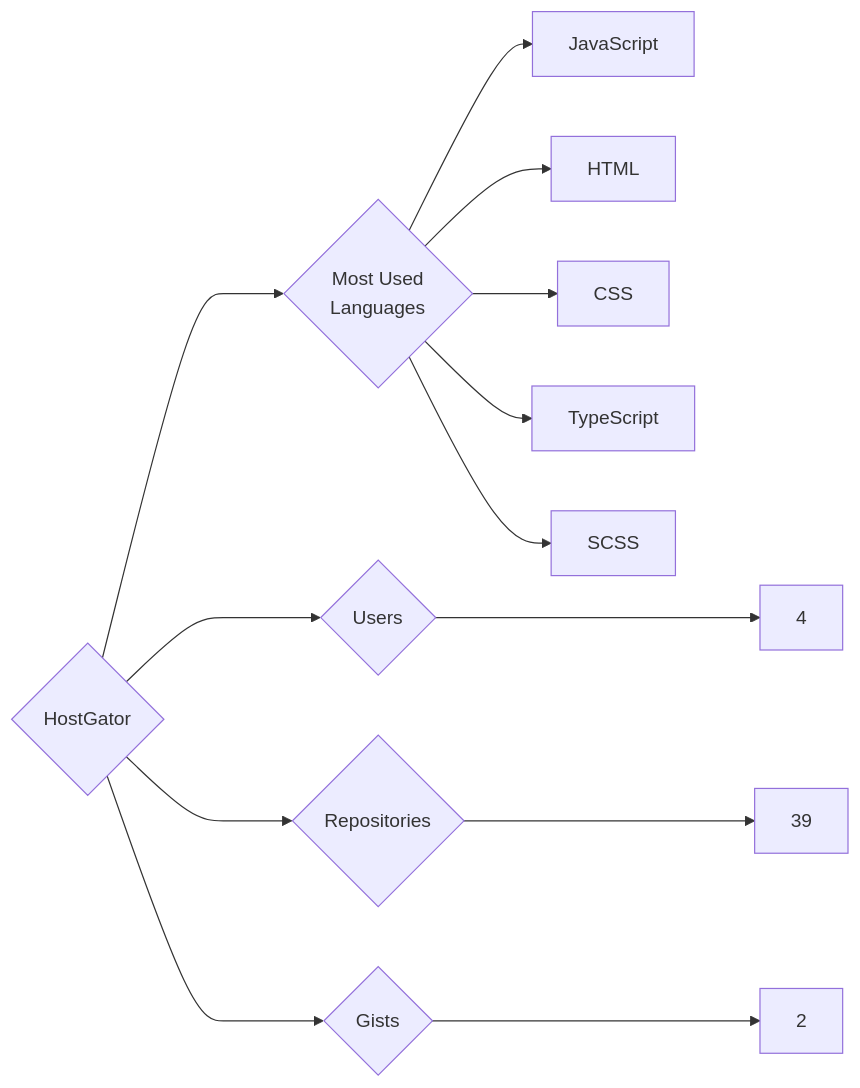
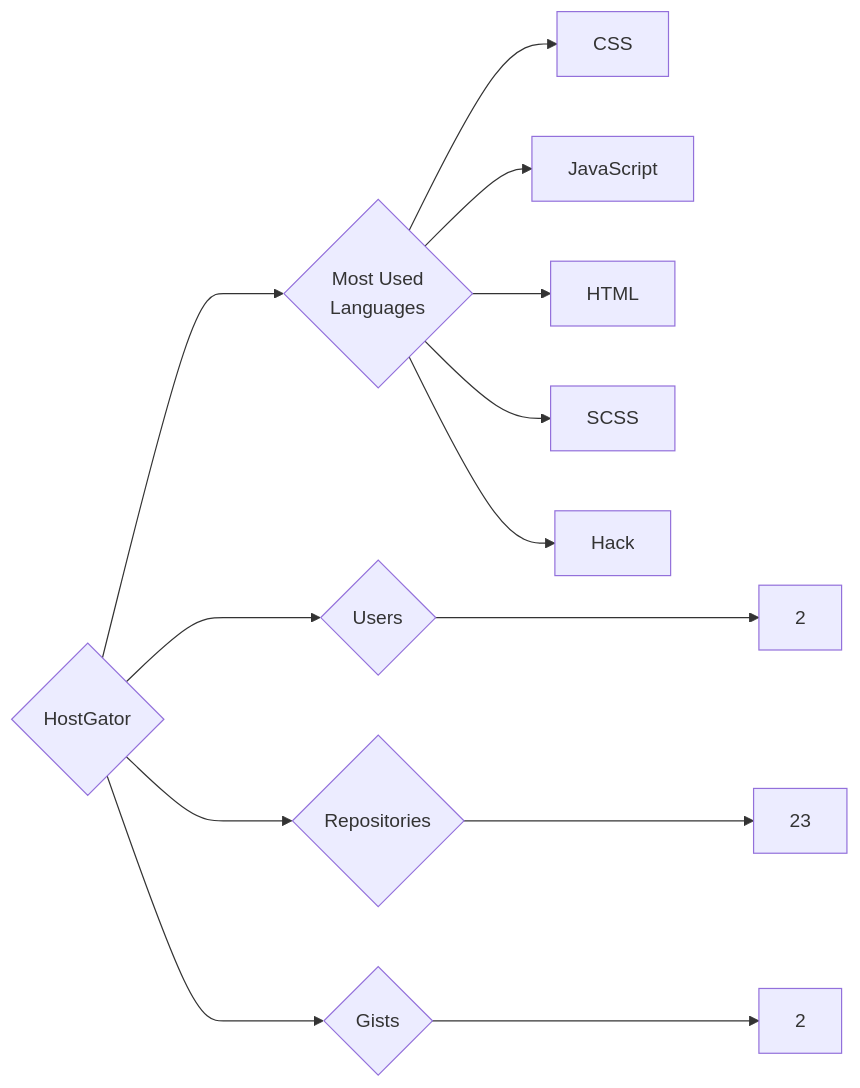
One commit to trickest/insiders changed the diagram in targets/HostGator/README.md. Above: the diagram before and after it, drawn with Mermaid. The commit also changed 1055 other files, not shown here.

````diff
--- a/targets/HostGator/README.md
+++ b/targets/HostGator/README.md
@@ -3,13 +3,13 @@
 ```mermaid
 graph LR
 COMPANY_NAME{HostGator}
-COMPANY_NAME ---> U{Users} ---> UN[4]
-COMPANY_NAME ---> R{Repositories} ---> RN[39]
+COMPANY_NAME ---> U{Users} ---> UN[2]
+COMPANY_NAME ---> R{Repositories} ---> RN[23]
 COMPANY_NAME ---> G{Gists} ---> GN[2]
 COMPANY_NAME ---> ML{Most Used<br>Languages}
+ML --> CSS[CSS]
 ML --> JavaScript[JavaScript]
 ML --> HTML[HTML]
-ML --> CSS[CSS]
-ML --> TypeScript[TypeScript]
 ML --> SCSS[SCSS]
+ML --> Hack[Hack]
 ```
````
